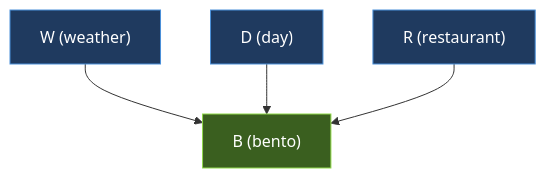
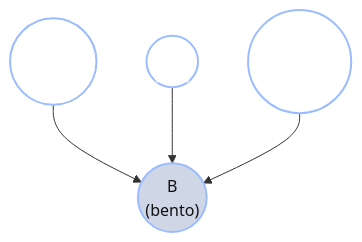
One commit to josephausterweil/probintro changed the third of 3 diagrams in content/intro2/08_bayes_nets.md. Above: the diagram before and after it, drawn with Mermaid. The commit also changed other lines of this file and 3 other files, not shown here.

````diff
--- a/content/intro2/08_bayes_nets.md
+++ b/content/intro2/08_bayes_nets.md
@@ -136,10 +138,10 @@
 ```mermaid
 graph TD
-    W["W (weather)"] --> B["B (bento)"]
-    D["D (day)"] --> B
-    R["R (restaurant)"] --> B
-    style W fill:#1f3a5f,stroke:#4a90d9,color:#fff
-    style D fill:#1f3a5f,stroke:#4a90d9,color:#fff
-    style R fill:#1f3a5f,stroke:#4a90d9,color:#fff
-    style B fill:#3a5f1f,stroke:#90d94a,color:#fff
+    W(("W<br/>(weather)")) --> B(("B<br/>(bento)"))
+    D(("D<br/>(day)")) --> B
+    R(("R<br/>(restaurant)")) --> B
+    classDef hidden fill:none,stroke:#9bbcff,stroke-width:2px,color:#fff
+    classDef observed fill:#cfd6e6,stroke:#9bbcff,stroke-width:2px,color:#111
+    class W,D,R hidden
+    class B observed
 ```
````
